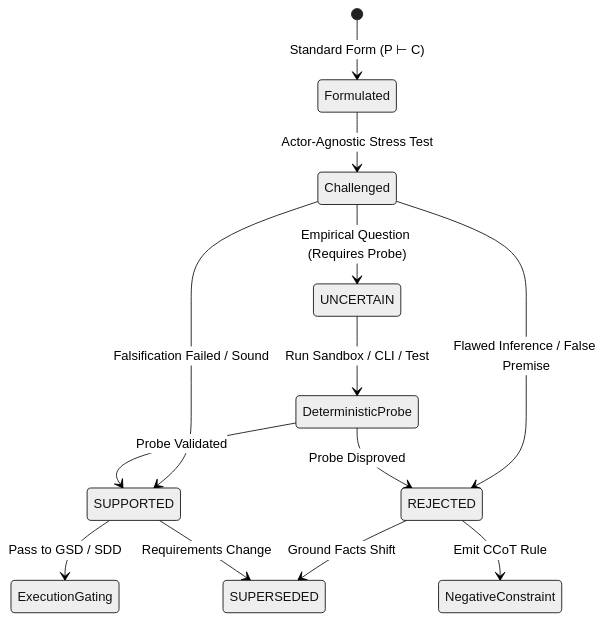
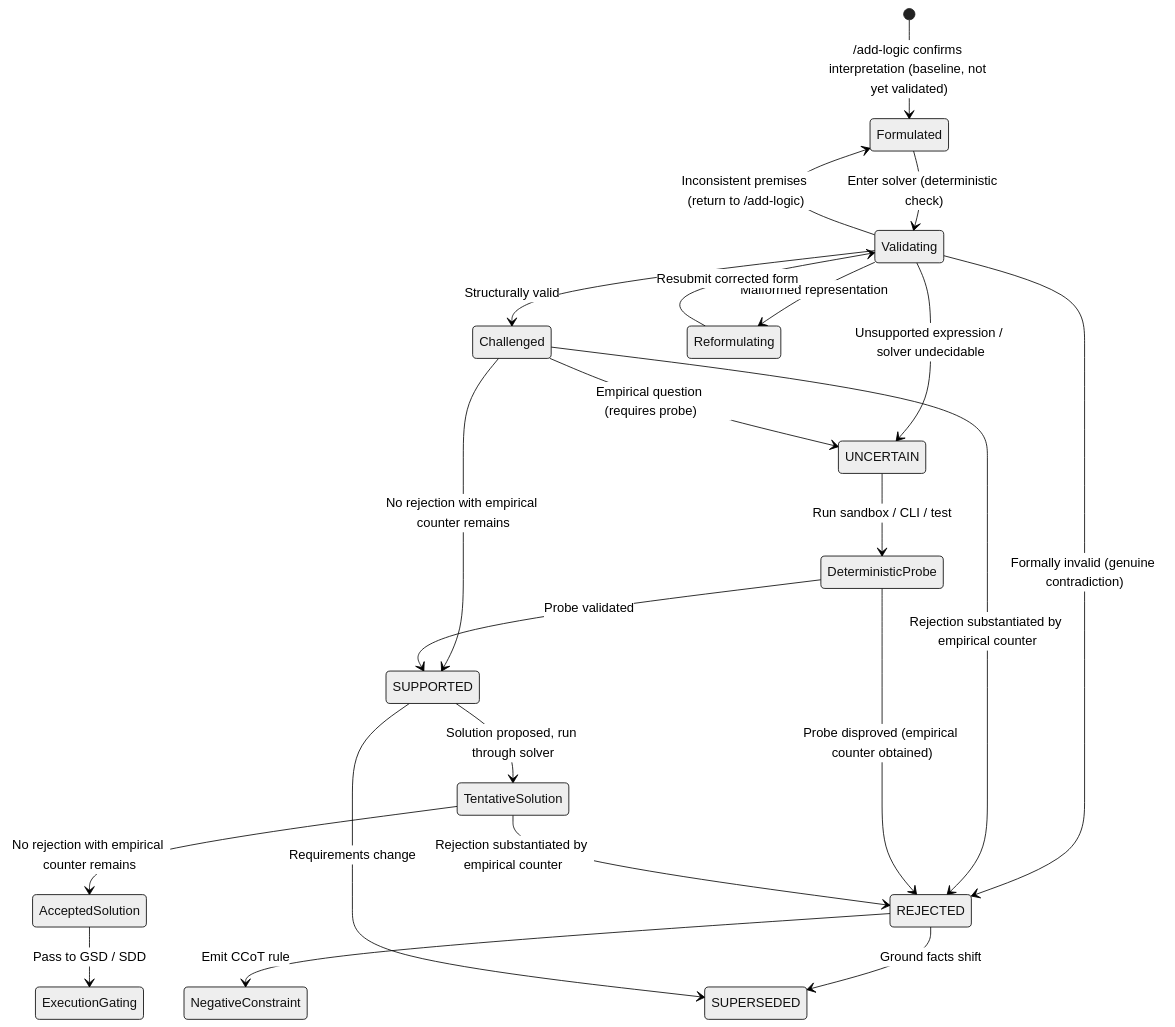
The diagram in references/logical-ledger-spec.md (paragon-ux/grill-logic), drawn with Mermaid (neutral theme) before and after one commit. The commit also changed other lines of this file and 6 other files, not shown here.

Commit message:
feat(v2.2): integrate NeSy solver taxonomy, add-logic gate, and procedural advance

````diff
--- a/references/logical-ledger-spec.md
+++ b/references/logical-ledger-spec.md
@@ -38,15 +58,24 @@
 ```mermaid
 stateDiagram-v2
-    [*] --> Formulated: Standard Form (P ⊢ C)
-    Formulated --> Challenged: Actor-Agnostic Stress Test
-    Challenged --> SUPPORTED: Falsification Failed / Sound
-    Challenged --> REJECTED: Flawed Inference / False Premise
-    Challenged --> UNCERTAIN: Empirical Question (Requires Probe)
-    UNCERTAIN --> DeterministicProbe: Run Sandbox / CLI / Test
-    DeterministicProbe --> SUPPORTED: Probe Validated
-    DeterministicProbe --> REJECTED: Probe Disproved
-    REJECTED --> NegativeConstraint: Emit CCoT Rule
-    REJECTED --> SUPERSEDED: Ground Facts Shift
-    SUPPORTED --> SUPERSEDED: Requirements Change
-    SUPPORTED --> ExecutionGating: Pass to GSD / SDD
+    [*] --> Formulated: /add-logic confirms interpretation (baseline, not yet validated)
+    Formulated --> Validating: Enter solver (deterministic check)
+    Validating --> Challenged: Structurally valid
+    Validating --> Reformulating: Malformed representation
+    Reformulating --> Validating: Resubmit corrected form
+    Validating --> UNCERTAIN: Unsupported expression / solver undecidable
+    Validating --> Formulated: Inconsistent premises (return to /add-logic)
+    Validating --> REJECTED: Formally invalid (genuine contradiction)
+    Challenged --> SUPPORTED: No rejection with empirical counter remains
+    Challenged --> REJECTED: Rejection substantiated by empirical counter
+    Challenged --> UNCERTAIN: Empirical question (requires probe)
+    UNCERTAIN --> DeterministicProbe: Run sandbox / CLI / test
+    DeterministicProbe --> SUPPORTED: Probe validated
+    DeterministicProbe --> REJECTED: Probe disproved (empirical counter obtained)
+    SUPPORTED --> TentativeSolution: Solution proposed, run through solver
+    TentativeSolution --> AcceptedSolution: No rejection with empirical counter remains
+    TentativeSolution --> REJECTED: Rejection substantiated by empirical counter
+    REJECTED --> NegativeConstraint: Emit CCoT rule
+    REJECTED --> SUPERSEDED: Ground facts shift
+    SUPPORTED --> SUPERSEDED: Requirements change
+    AcceptedSolution --> ExecutionGating: Pass to GSD / SDD
 ```
````
